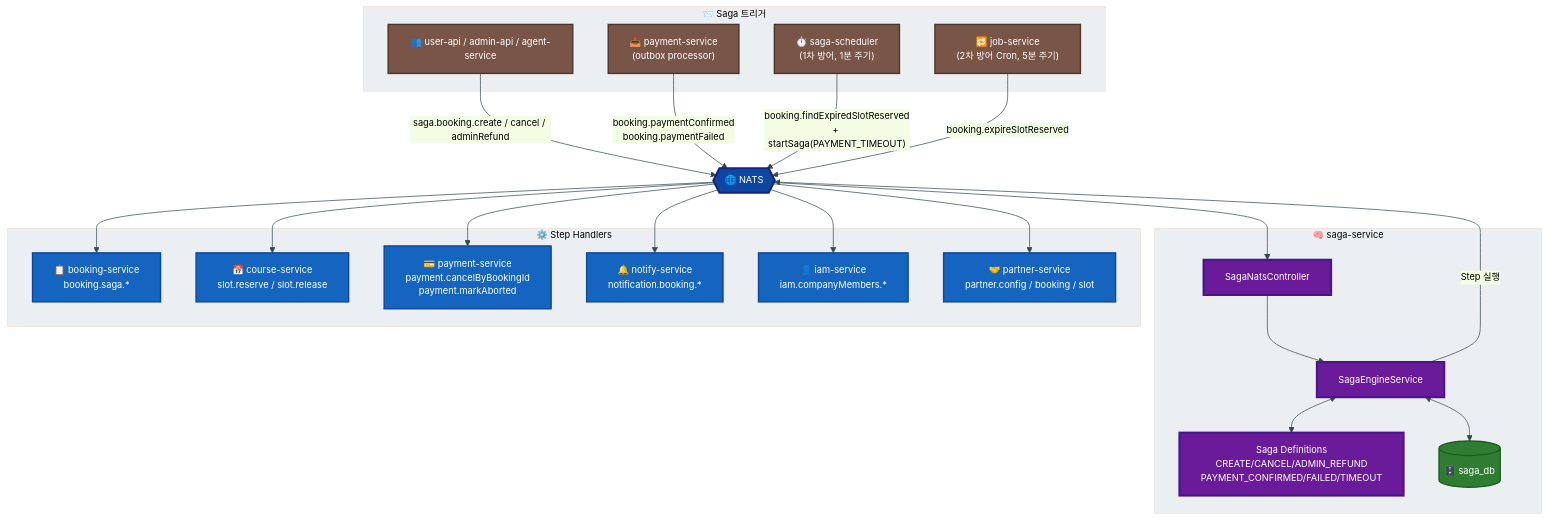
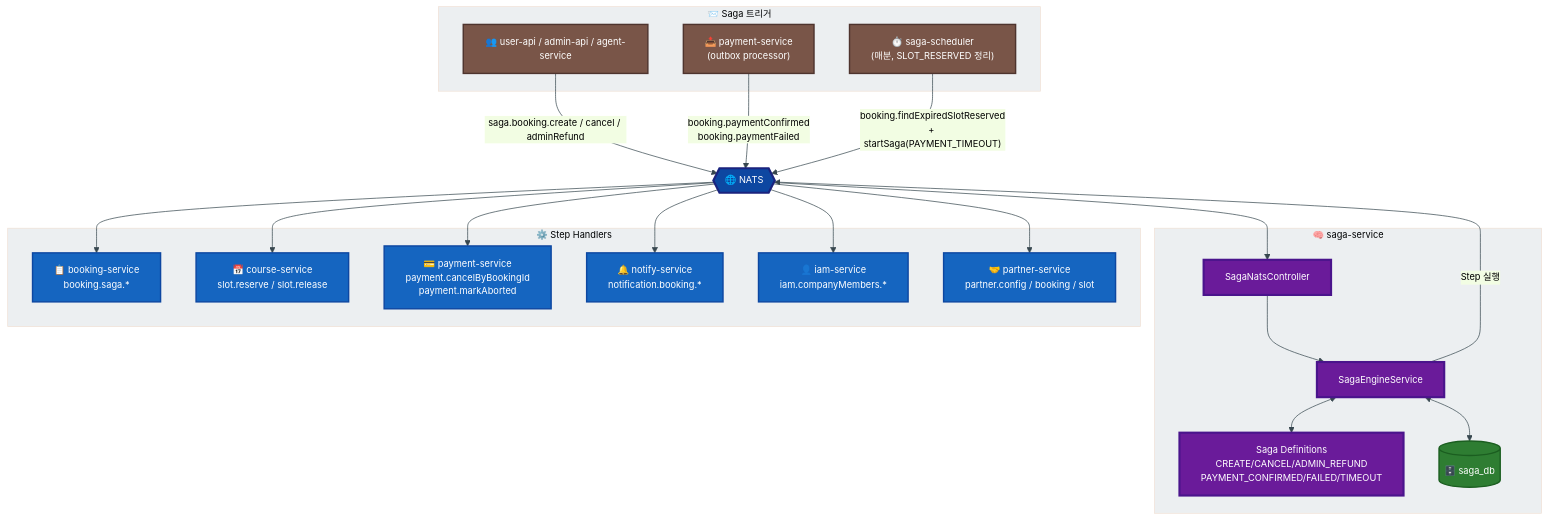
One commit to uniyous/parkgolf-platform changed the first of 3 diagrams in docs/workflow/SAGA.md. Above: the diagram before and after it, drawn with Mermaid. The commit also changed other lines of this file and 3 other files, not shown here.

First line of the commit message:
refactor(job-service,booking): SLOT_RESERVED 정리를 saga-scheduler로 일원화

````diff
--- a/docs/workflow/SAGA.md
+++ b/docs/workflow/SAGA.md
@@ -40,52 +40,50 @@
 ```mermaid
 %%{init: {'theme':'base','themeVariables':{'primaryColor':'#E3F2FD','primaryTextColor':'#000','primaryBorderColor':'#1565C0','lineColor':'#37474F','clusterBkg':'#ECEFF1','fontSize':'13px'}}}%%
 flowchart TB
     subgraph Triggers["📨 Saga 트리거"]
         UA["👥 user-api / admin-api / agent-service"]
         PS_OBX["📤 payment-service<br/>(outbox processor)"]
-        SCHED["⏱️ saga-scheduler<br/>(1차 방어, 1분 주기)"]
-        JOB["🔁 job-service<br/>(2차 방어 Cron, 5분 주기)"]
+        SCHED["⏱️ saga-scheduler<br/>(매분, SLOT_RESERVED 정리)"]
     end
 
     subgraph Orchestrator["🧠 saga-service"]
         CTRL["SagaNatsController"]
         ENGINE["SagaEngineService"]
         DEFS["Saga Definitions<br/>CREATE/CANCEL/ADMIN_REFUND<br/>PAYMENT_CONFIRMED/FAILED/TIMEOUT"]
         DB_S[("🗄️ saga_db")]
     end
 
     NATS{{"🌐 NATS"}}
 
     subgraph StepHandlers["⚙️ Step Handlers"]
         BS["📋 booking-service<br/>booking.saga.*"]
         CS["📅 course-service<br/>slot.reserve / slot.release"]
         PAY["💳 payment-service<br/>payment.cancelByBookingId<br/>payment.markAborted"]
         NS["🔔 notify-service<br/>notification.booking.*"]
         IAM["👤 iam-service<br/>iam.companyMembers.*"]
         PRT["🤝 partner-service<br/>partner.config / booking / slot"]
     end
 
     UA -->|"saga.booking.create / cancel / adminRefund"| NATS
     PS_OBX -->|"booking.paymentConfirmed<br/>booking.paymentFailed"| NATS
     SCHED -->|"booking.findExpiredSlotReserved<br/>+ startSaga(PAYMENT_TIMEOUT)"| NATS
-    JOB -->|"booking.expireSlotReserved"| NATS
 
     NATS --> CTRL --> ENGINE
     ENGINE <--> DEFS
     ENGINE <--> DB_S
     ENGINE -->|"Step 실행"| NATS
     NATS --> BS & CS & PAY & NS & IAM & PRT
 
     classDef trig fill:#795548,color:#fff,stroke:#4E342E,stroke-width:2px
     classDef orch fill:#6A1B9A,color:#fff,stroke:#4A148C,stroke-width:3px
     classDef bus fill:#0D47A1,color:#fff,stroke:#1A237E,stroke-width:3px
     classDef hand fill:#1565C0,color:#fff,stroke:#0D47A1,stroke-width:2px
     classDef store fill:#2E7D32,color:#fff,stroke:#1B5E20,stroke-width:2px
     classDef todo fill:#EF6C00,color:#fff,stroke:#BF360C,stroke-width:2px,stroke-dasharray:5 5
 
-    class UA,PS_OBX,JOB,SCHED trig
+    class UA,PS_OBX,SCHED trig
     class CTRL,ENGINE,DEFS orch
     class NATS bus
     class BS,CS,PAY,NS,IAM,PRT hand
     class DB_S store
 ```
````
